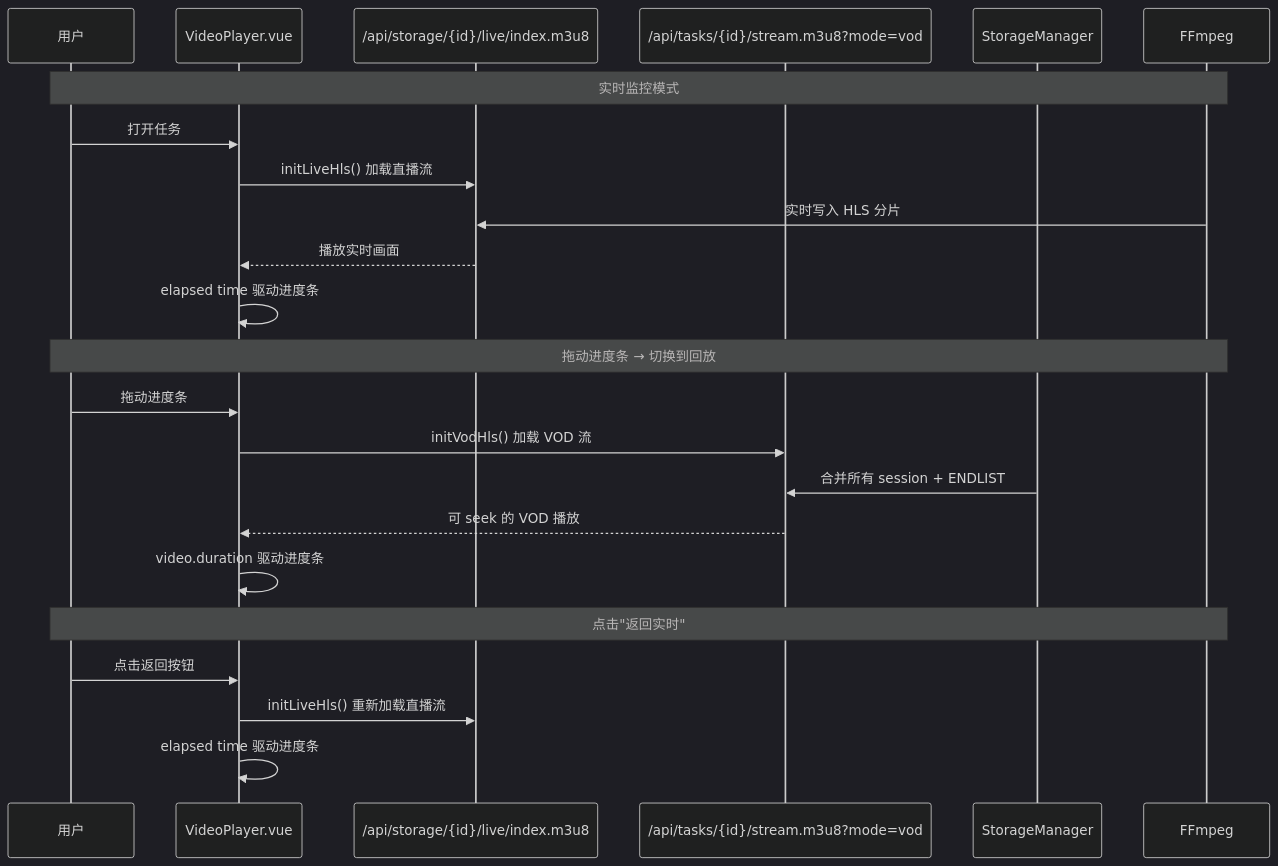
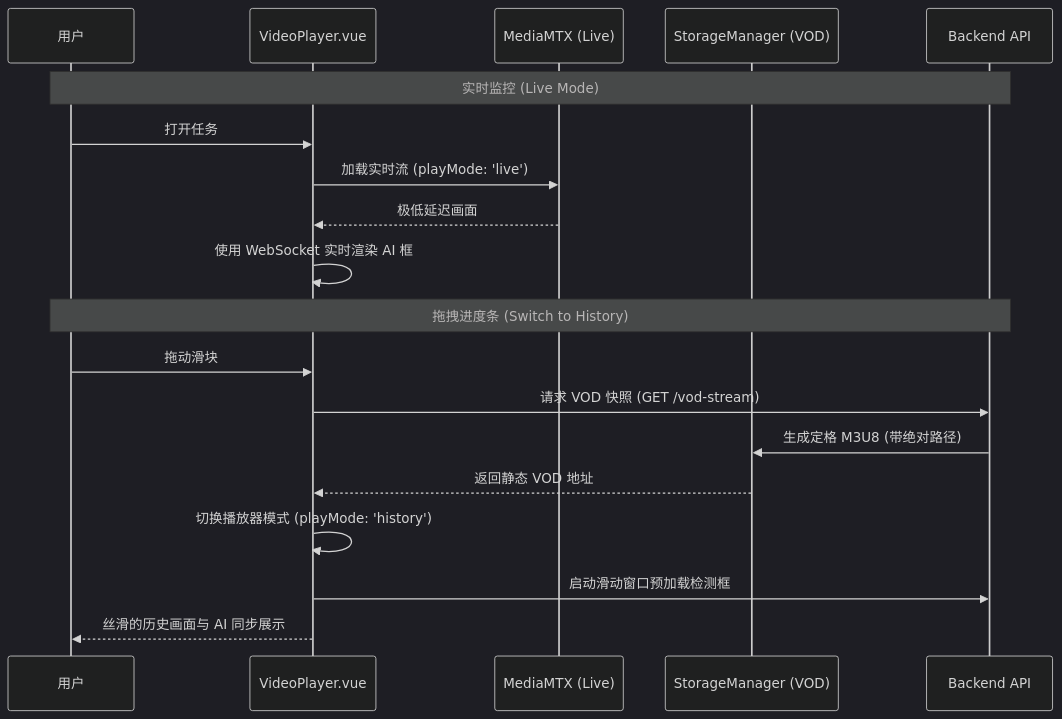
Before and after one commit to whynotnanfeng/FireGuard: the second of 2 diagrams in docs/architecture.md, drawn with Mermaid (dark theme). The commit also changed other lines of this file and 22 other files, not shown here.

````diff
--- a/docs/architecture.md
+++ b/docs/architecture.md
@@ -113,28 +105,23 @@
 ```mermaid
 sequenceDiagram
     participant User as 用户
     participant VP as VideoPlayer.vue
-    participant Live as /api/storage/{id}/live/index.m3u8
-    participant VOD as /api/tasks/{id}/stream.m3u8?mode=vod
-    participant SM as StorageManager
-    participant FF as FFmpeg
+    participant MTX as MediaMTX (Live)
+    participant SM as StorageManager (VOD)
+    participant API as Backend API
 
-    Note over User,FF: 实时监控模式
+    Note over User,API: 实时监控 (Live Mode)
     User->>VP: 打开任务
-    VP->>Live: initLiveHls() 加载直播流
-    FF->>Live: 实时写入 HLS 分片
-    Live-->>VP: 播放实时画面
-    VP->>VP: elapsed time 驱动进度条
+    VP->>MTX: 加载实时流 (playMode: 'live')
+    MTX-->>VP: 极低延迟画面
+    VP->>VP: 使用 WebSocket 实时渲染 AI 框
 
-    Note over User,FF: 拖动进度条 → 切换到回放
-    User->>VP: 拖动进度条
-    VP->>VOD: initVodHls() 加载 VOD 流
-    SM->>VOD: 合并所有 session + ENDLIST
-    VOD-->>VP: 可 seek 的 VOD 播放
-    VP->>VP: video.duration 驱动进度条
-
-    Note over User,FF: 点击"返回实时"
-    User->>VP: 点击返回按钮
-    VP->>Live: initLiveHls() 重新加载直播流
-    VP->>VP: elapsed time 驱动进度条
+    Note over User,API: 拖拽进度条 (Switch to History)
+    User->>VP: 拖动滑块
+    VP->>API: 请求 VOD 快照 (GET /vod-stream)
+    API->>SM: 生成定格 M3U8 (带绝对路径)
+    SM-->>VP: 返回静态 VOD 地址
+    VP->>VP: 切换播放器模式 (playMode: 'history')
+    VP->>API: 启动滑动窗口预加载检测框
+    VP-->>User: 丝滑的历史画面与 AI 同步展示
 ```
````
